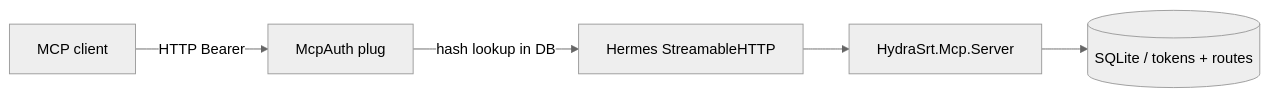
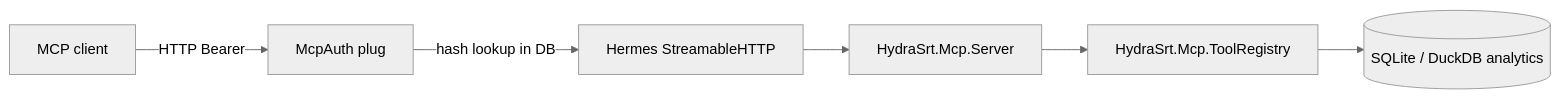
One commit to abc3/hydra-srt changed the diagram in docs/mcp.md. Above: the diagram before and after it, drawn with Mermaid (neutral theme). The commit also changed other lines of this file and 34 other files, not shown here.

````diff
--- a/docs/mcp.md
+++ b/docs/mcp.md
@@ -23,7 +23,8 @@
 ```mermaid
 flowchart LR
   Client[MCP client] -->|HTTP Bearer| McpAuth[McpAuth plug]
   McpAuth -->|hash lookup in DB| Hermes[Hermes StreamableHTTP]
   Hermes --> Server[HydraSrt.Mcp.Server]
-  Server --> Db[(SQLite / tokens + routes)]
+  Server --> Registry[HydraSrt.Mcp.ToolRegistry]
+  Registry --> Db[(SQLite / DuckDB analytics)]
 ```
````
